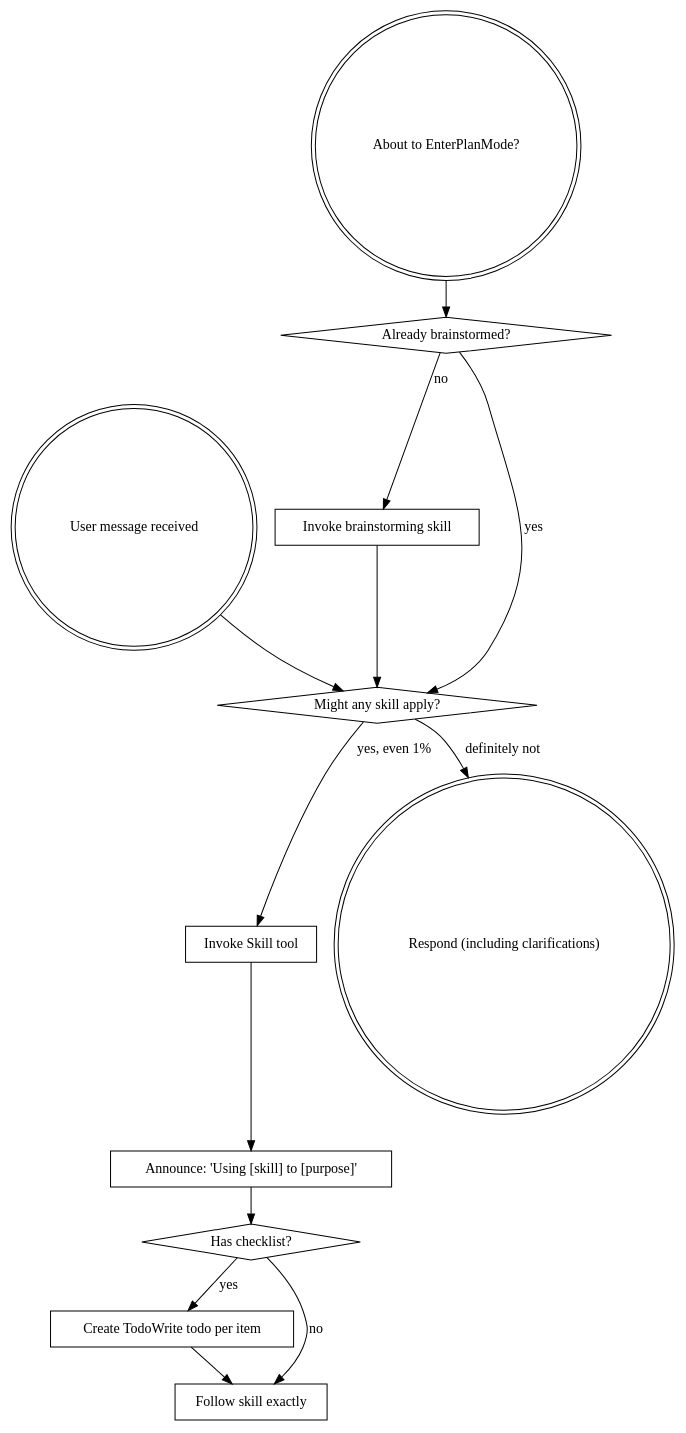
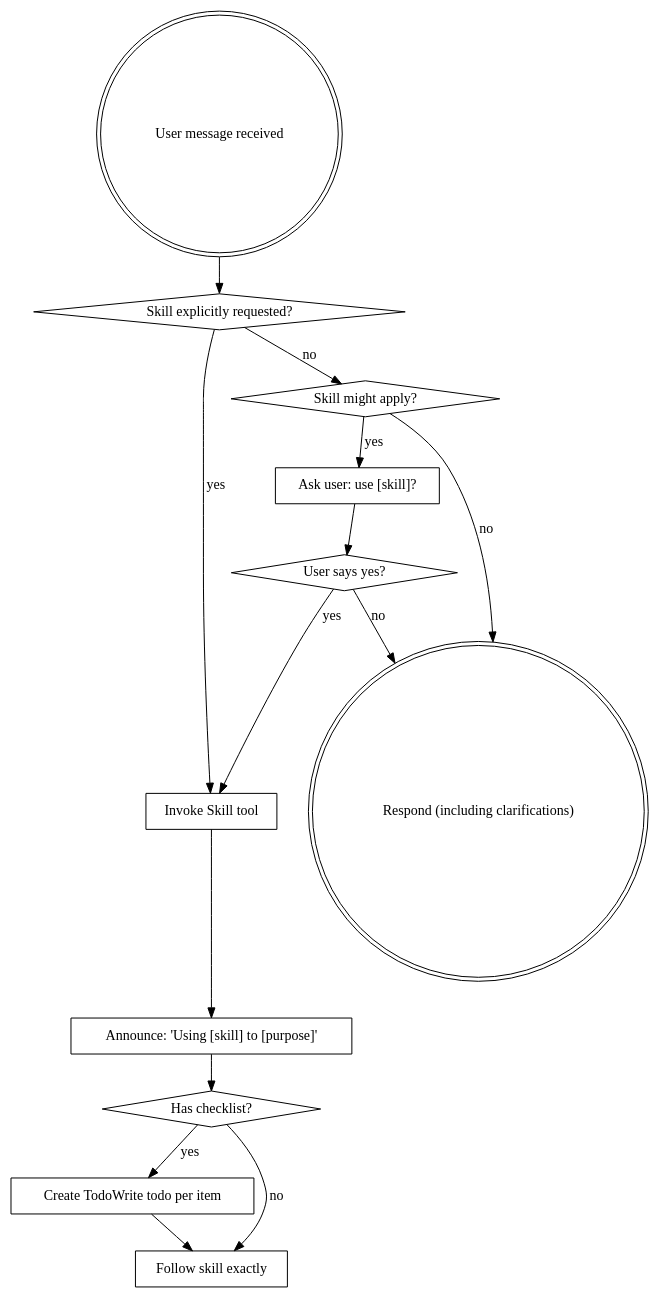
One commit to jason-lieb/home changed the diagram in dotfiles/.claude/skills/superpowers:using-superpowers/SKILL.md. Above: the diagram before and after it, drawn with Graphviz. The commit also changed other lines of this file, not shown here.

Commit message:
make the superpowers meta skill ask before using skills

````diff
--- a/dotfiles/.claude/skills/superpowers:using-superpowers/SKILL.md
+++ b/dotfiles/.claude/skills/superpowers:using-superpowers/SKILL.md
@@ -38,29 +36,29 @@
 ```dot
 digraph skill_flow {
     "User message received" [shape=doublecircle];
-    "About to EnterPlanMode?" [shape=doublecircle];
-    "Already brainstormed?" [shape=diamond];
-    "Invoke brainstorming skill" [shape=box];
-    "Might any skill apply?" [shape=diamond];
+    "Skill explicitly requested?" [shape=diamond];
     "Invoke Skill tool" [shape=box];
+    "Skill might apply?" [shape=diamond];
+    "Ask user: use [skill]?" [shape=box];
+    "User says yes?" [shape=diamond];
     "Announce: 'Using [skill] to [purpose]'" [shape=box];
     "Has checklist?" [shape=diamond];
     "Create TodoWrite todo per item" [shape=box];
     "Follow skill exactly" [shape=box];
     "Respond (including clarifications)" [shape=doublecircle];
 
-    "About to EnterPlanMode?" -> "Already brainstormed?";
-    "Already brainstormed?" -> "Invoke brainstorming skill" [label="no"];
-    "Already brainstormed?" -> "Might any skill apply?" [label="yes"];
-    "Invoke brainstorming skill" -> "Might any skill apply?";
-
-    "User message received" -> "Might any skill apply?";
-    "Might any skill apply?" -> "Invoke Skill tool" [label="yes, even 1%"];
-    "Might any skill apply?" -> "Respond (including clarifications)" [label="definitely not"];
+    "User message received" -> "Skill explicitly requested?";
+    "Skill explicitly requested?" -> "Invoke Skill tool" [label="yes"];
+    "Skill explicitly requested?" -> "Skill might apply?" [label="no"];
+    "Skill might apply?" -> "Ask user: use [skill]?" [label="yes"];
+    "Skill might apply?" -> "Respond (including clarifications)" [label="no"];
+    "Ask user: use [skill]?" -> "User says yes?";
+    "User says yes?" -> "Invoke Skill tool" [label="yes"];
+    "User says yes?" -> "Respond (including clarifications)" [label="no"];
     "Invoke Skill tool" -> "Announce: 'Using [skill] to [purpose]'";
     "Announce: 'Using [skill] to [purpose]'" -> "Has checklist?";
     "Has checklist?" -> "Create TodoWrite todo per item" [label="yes"];
     "Has checklist?" -> "Follow skill exactly" [label="no"];
     "Create TodoWrite todo per item" -> "Follow skill exactly";
 }
 ```
````
